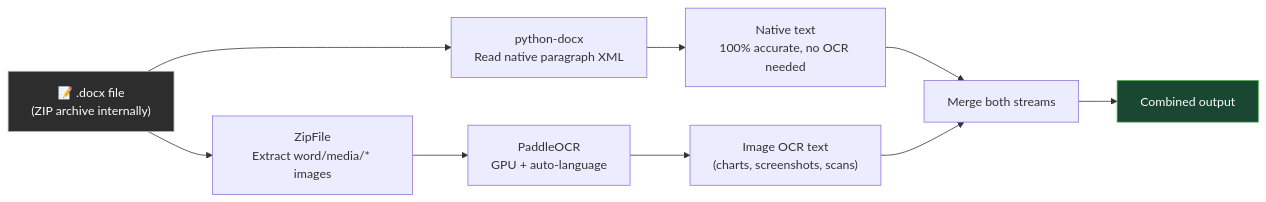
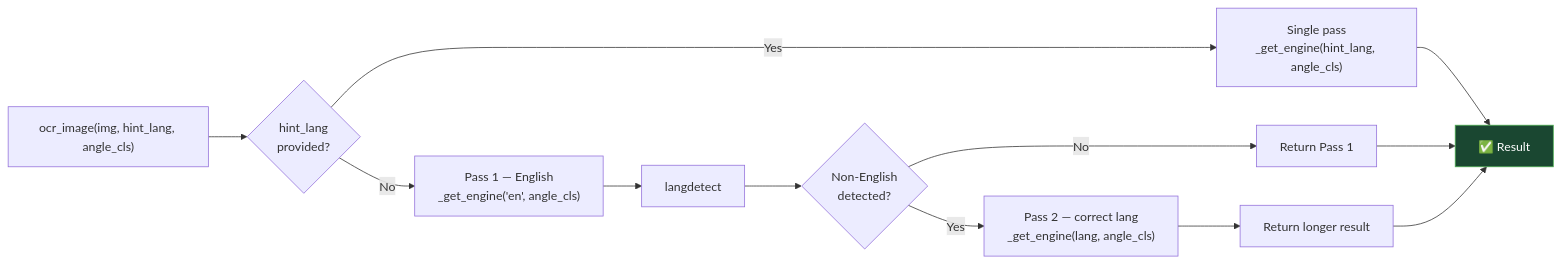
One commit to ThummarDarshan/Contract_intelligence changed the third of 4 diagrams in README.md. Above: the diagram before and after it, drawn with Mermaid. The commit also changed other lines of this file and 4 other files, not shown here.

````diff
--- a/README.md
+++ b/README.md
@@ -357,18 +275,19 @@
 ```mermaid
 flowchart LR
-    DOCX["📝 .docx file\n(ZIP archive internally)"]
+    A["ocr_image(img, hint_lang, angle_cls)"]
 
-    DOCX --> A["python-docx\nRead native paragraph XML"]
-    DOCX --> B["ZipFile\nExtract word/media/* images"]
+    A --> B{"hint_lang\nprovided?"}
+    B -- "Yes" --> C["Single pass\n_get_engine(hint_lang, angle_cls)"]
+    B -- "No" --> D["Pass 1 — English\n_get_engine('en', angle_cls)"]
+    D --> E["langdetect"]
+    E --> F{"Non-English\ndetected?"}
+    F -- "No" --> G["Return Pass 1"]
+    F -- "Yes" --> H["Pass 2 — correct lang\n_get_engine(lang, angle_cls)"]
+    H --> I["Return longer result"]
 
-    A --> C["Native text\n100% accurate, no OCR needed"]
-    B --> D["PaddleOCR\nGPU + auto-language"]
-    D --> E["Image OCR text\n(charts, screenshots, scans)"]
+    C --> J["✅ Result"]
+    G --> J
+    I --> J
 
-    C --> F["Merge both streams"]
-    E --> F
-    F --> G["Combined output"]
-
-    style DOCX fill:#2d2d2d,stroke:#aaa,color:#fff
-    style G fill:#1a4731,stroke:#4caf50,color:#fff
+    style J fill:#1a4731,stroke:#4caf50,color:#fff
 ```
````
